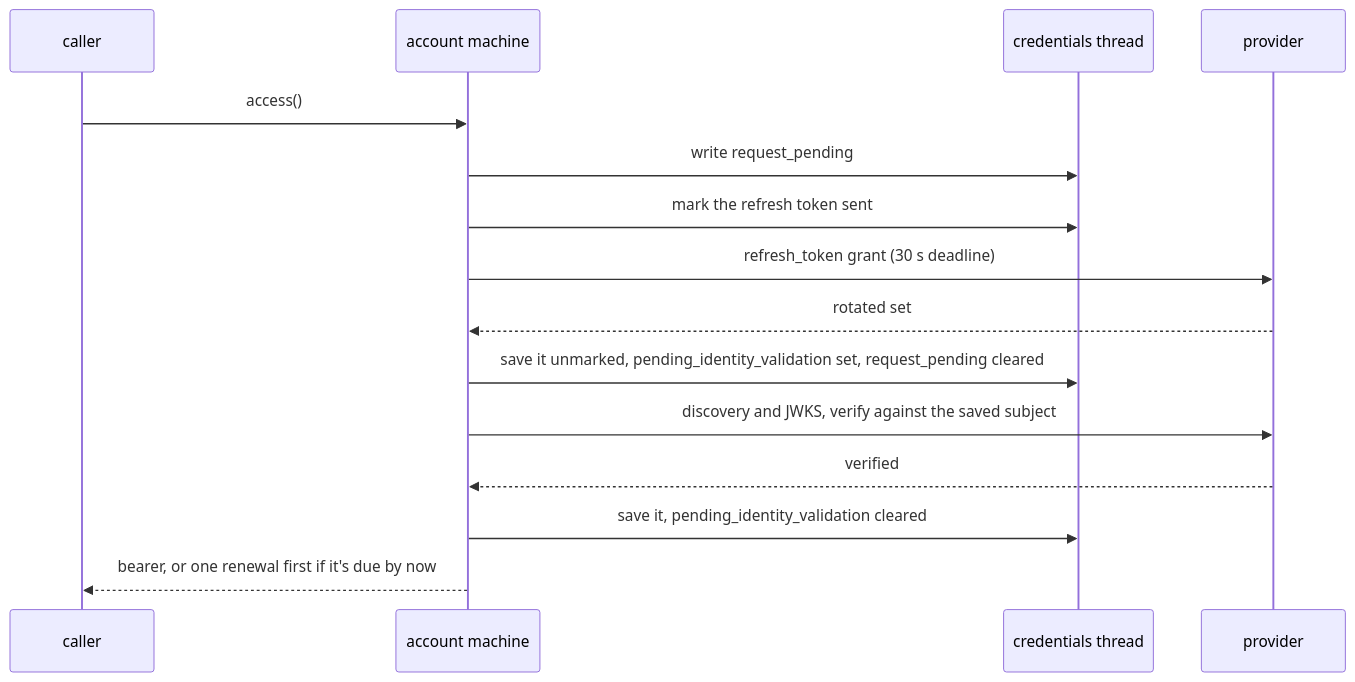
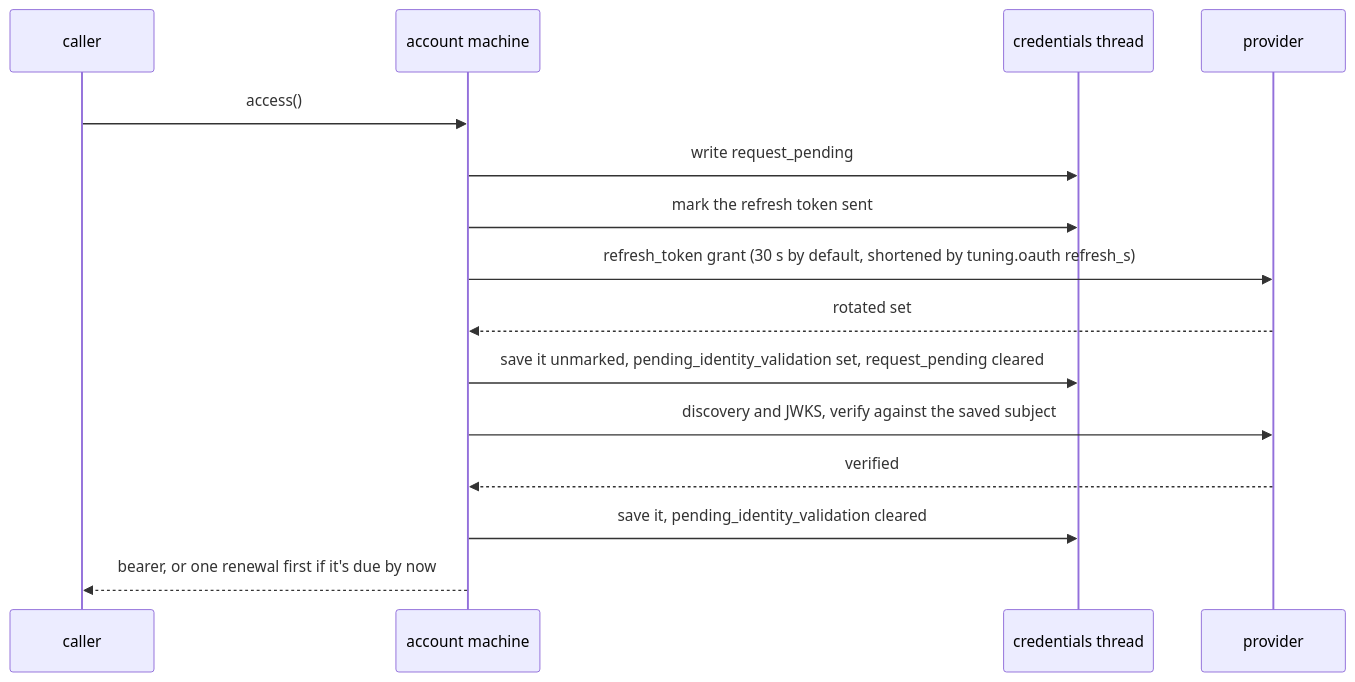
The fourth of 8 diagrams in docs/development/accounts.md (labcoder/capsula), drawn with Mermaid before and after one commit. The commit also changed other lines of this file and 15 other files, not shown here.

````diff
--- a/docs/development/accounts.md
+++ b/docs/development/accounts.md
@@ -527,17 +529,17 @@
 ```mermaid
 sequenceDiagram
     participant C as caller
     participant M as account machine
     participant V as credentials thread
     participant P as provider
     C->>M: access()
     M->>V: write request_pending
     M->>V: mark the refresh token sent
-    M->>P: refresh_token grant (30 s deadline)
+    M->>P: refresh_token grant (30 s by default, shortened by tuning.oauth refresh_s)
     P-->>M: rotated set
     M->>V: save it unmarked, pending_identity_validation set, request_pending cleared
     M->>P: discovery and JWKS, verify against the saved subject
     P-->>M: verified
     M->>V: save it, pending_identity_validation cleared
     M-->>C: bearer, or one renewal first if it's due by now
 ```
````
